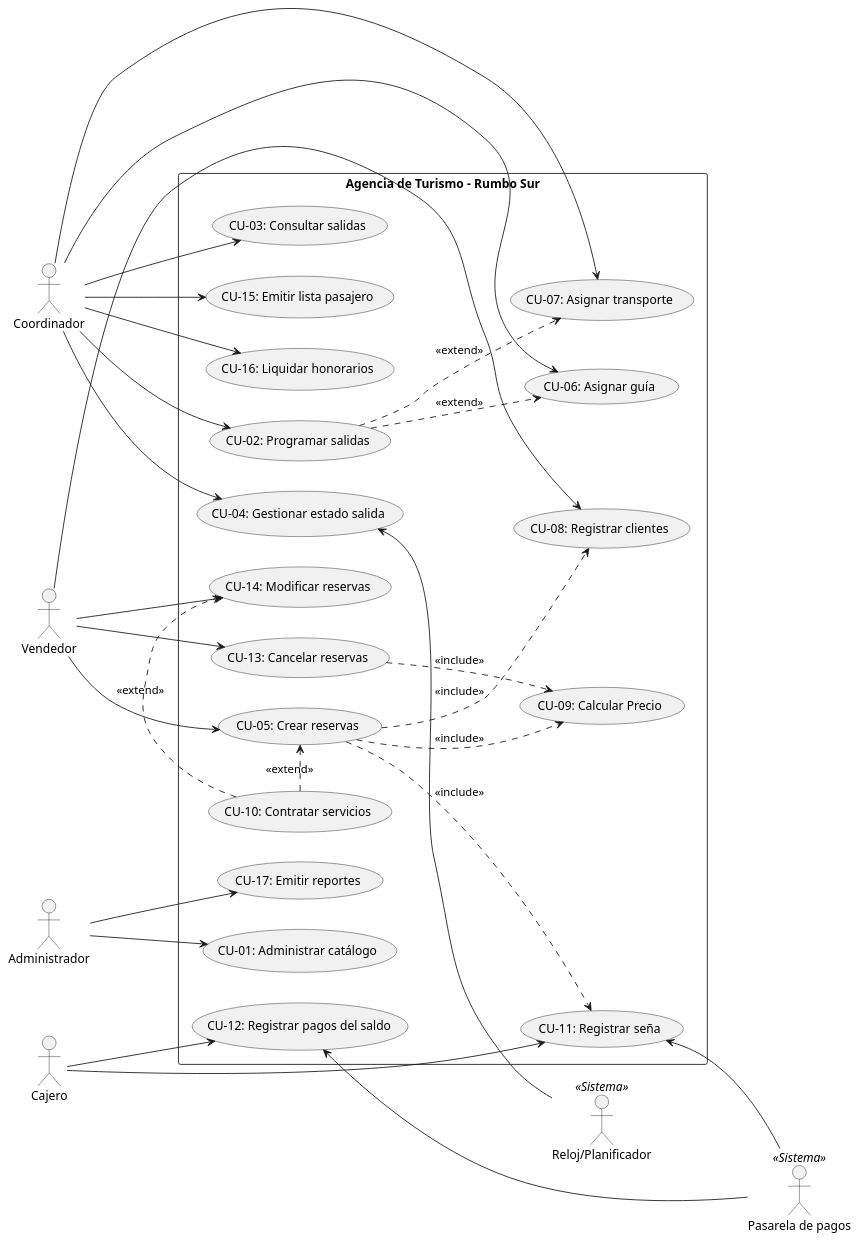
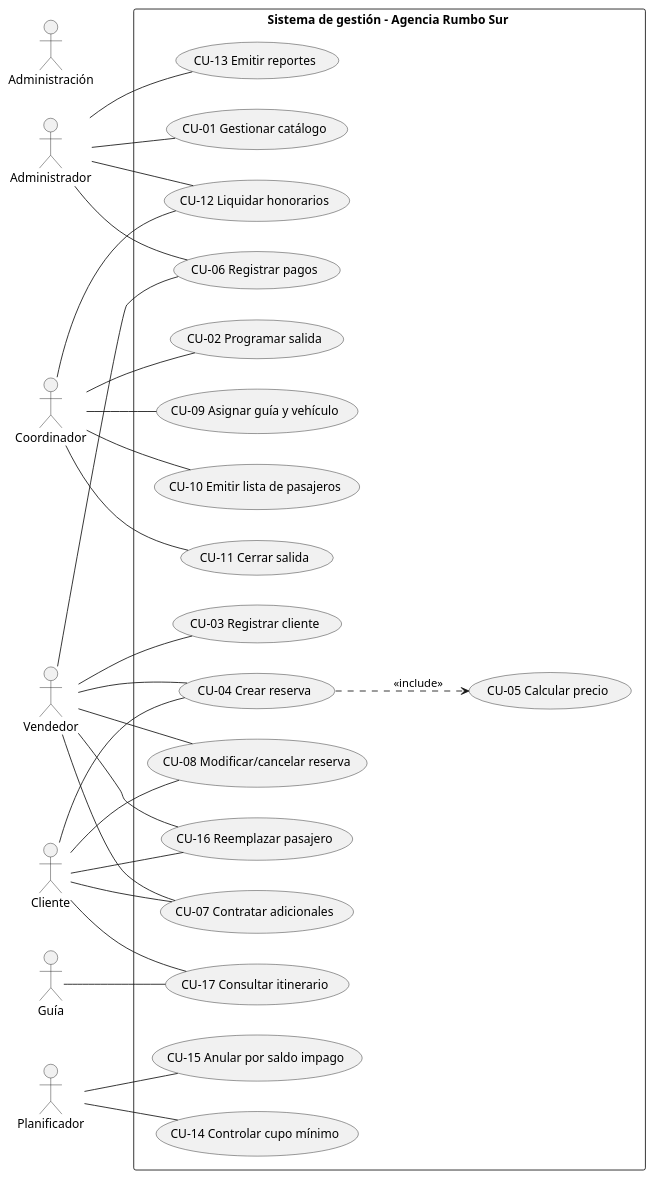
Before and after one commit to EdwSix/JuevesTarde.POO: the diagram in README.md, drawn with PlantUML.

Commit message:
actualizacion del diagrama CU

```diff
--- a/README.md
+++ b/README.md
@@ -15,64 +15,72 @@
 @startuml
 left to right direction
-skinparam packageStyle rectangle
 
+' Definición de actores
 actor Administrador
 actor Coordinador
 actor Vendedor
-actor Cajero
-actor "Reloj/Planificador" as Reloj <<Sistema>>
-actor "Pasarela de pagos" as Pasarela <<Sistema>>
+actor Cliente
+actor "Administración" as Administracion
+actor Planificador
+actor Guía
 
-rectangle "Agencia de Turismo - Rumbo Sur" {
-usecase "CU-01: Administrar catálogo" as CU1
-usecase "CU-02: Programar salidas" as CU2
-usecase "CU-03: Consultar salidas" as CU3
-usecase "CU-04: Gestionar estado salida" as CU4
-usecase "CU-05: Crear reservas" as CU5
-usecase "CU-06: Asignar guía" as CU6
-usecase "CU-07: Asignar transporte" as CU7
-usecase "CU-08: Registrar clientes" as CU8
-usecase "CU-09: Calcular Precio" as CU9
-usecase "CU-10: Contratar servicios" as CU10
-usecase "CU-11: Registrar seña" as CU11
-usecase "CU-12: Registrar pagos del saldo" as CU12
-usecase "CU-13: Cancelar reservas" as CU13
-usecase "CU-14: Modificar reservas" as CU14
-usecase "CU-15: Emitir lista pasajero" as CU15
-usecase "CU-16: Liquidar honorarios" as CU16
-usecase "CU-17: Emitir reportes" as CU17
+' Límite del sistema y casos de uso
+rectangle "Sistema de gestión - Agencia Rumbo Sur " {
+usecase "CU-01 Gestionar catálogo" as CU1
+usecase "CU-02 Programar salida" as CU2
+usecase "CU-03 Registrar cliente" as CU3
+usecase "CU-04 Crear reserva" as CU4
+usecase "CU-05 Calcular precio" as CU5
+usecase "CU-06 Registrar pagos" as CU6
+usecase "CU-07 Contratar adicionales" as CU7
+usecase "CU-08 Modificar/cancelar reserva" as CU8
+usecase "CU-09 Asignar guía y vehículo" as CU9
+usecase "CU-10 Emitir lista de pasajeros" as CU10
+usecase "CU-11 Cerrar salida" as CU11
+usecase "CU-12 Liquidar honorarios" as CU12
+usecase "CU-13 Emitir reportes" as CU13
+usecase "CU-14 Controlar cupo mínimo" as CU14
+usecase "CU-15 Anular por saldo impago" as CU15
+usecase "CU-16 Reemplazar pasajero" as CU16
+usecase "CU-17 Consultar itinerario" as CU17
 }
 
-Administrador --> CU1
-Administrador --> CU17
+' Relaciones de Administrador
+Administrador -- CU1
+Administrador -- CU6
+Administrador -- CU12
+Administrador -- CU13
 
-Coordinador --> CU2
-Coordinador --> CU3
-Coordinador --> CU4
-Coordinador --> CU6
-Coordinador --> CU7
-Coordinador --> CU15
-Coordinador --> CU16
+' Relaciones de Coordinador
+Coordinador -- CU2
+Coordinador -- CU9
+Coordinador -- CU10
+Coordinador -- CU11
+Coordinador -- CU12
 
-Vendedor --> CU5
-Vendedor --> CU8
-Vendedor --> CU13
-Vendedor --> CU14
+' Relaciones de Vendedor
+Vendedor -- CU3
+Vendedor -- CU4
+Vendedor -- CU6
+Vendedor -- CU7
+Vendedor -- CU8
+Vendedor -- CU16
 
-Cajero --> CU11
-Cajero --> CU12
-Pasarela -up-> CU11
-Pasarela -up-> CU12
-Reloj -up-> CU4
+' Relaciones de Cliente
+Cliente -- CU4
+Cliente -- CU7
+Cliente -- CU8
+Cliente -- CU16
+Cliente -- CU17
 
-' Relaciones de Inclusión y Extensión
-CU5 ..> CU8 : <<include>>
-CU5 ..> CU9 : <<include>>
-CU5 ..> CU11 : <<include>>
-CU10 .> CU5 : <<extend>>
-CU10 .> CU14 : <<extend>>
-CU2 ..> CU6 : <<extend>>
-CU2 ..> CU7 : <<extend>>
-CU13 ..> CU9 : <<include>>
+' Relaciones de Planificador
+Planificador -- CU14
+Planificador -- CU15
+
+' Relaciones de Guía
+Guía -- CU17
+
+' Relaciones de Inclusión (Include)
+CU4 ..> CU5 : <<include>>
 
 @enduml
```
